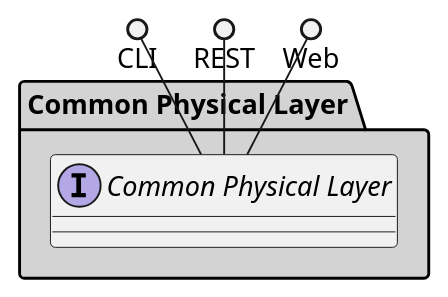
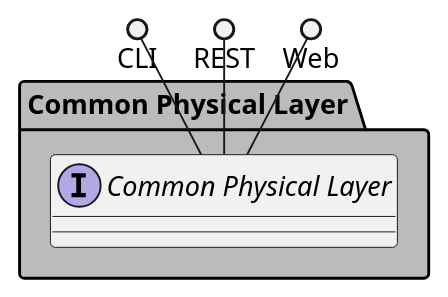
One commit to madajaju/sabr changed the diagram in docs/sabr/cpl/logical.puml. Above: the diagram before and after it, drawn with PlantUML. The commit also changed 440 other files, not shown here.

```diff
--- a/docs/sabr/cpl/logical.puml
+++ b/docs/sabr/cpl/logical.puml
@@ -1,22 +1,22 @@
 @startuml
 
 
 
-package "Common Physical Layer" #lightgray {
+package "Common Physical Layer" #bbbbbb {
 
     interface "Common Physical Layer" as i {
     
     }
 }
 
 CLI ()-- i
 REST ()-- i
 Web ()-- i
 
-package "Common Physical Layer" #lightgray {
+package "Common Physical Layer" #bbbbbb {
     
 }
 
 
 
 @enduml
```
